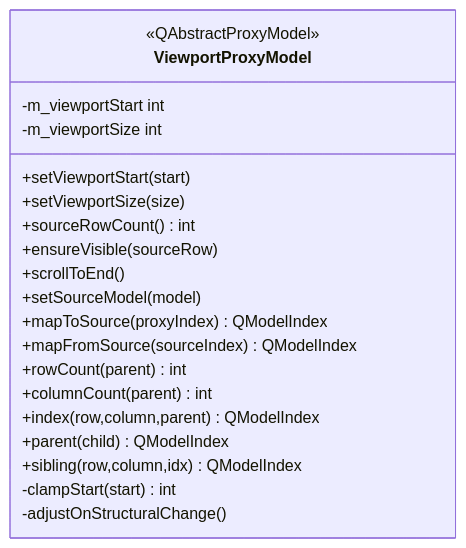
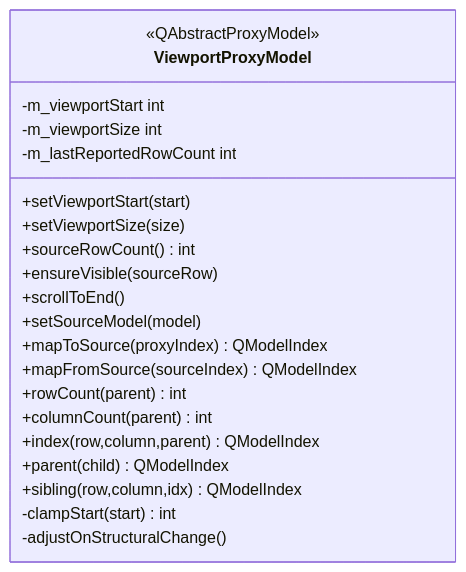
The third of 6 diagrams in .qoder/repowiki/zh/content/核心模块详解/视口代理模型.md (jakecai1225-design/OpenBus), drawn with Mermaid before and after one commit. The commit also changed other lines of this file and 27 other files, not shown here.

````diff
--- a/.qoder/repowiki/zh/content/核心模块详解/视口代理模型.md
+++ b/.qoder/repowiki/zh/content/核心模块详解/视口代理模型.md
@@ -110,23 +123,24 @@
 ```mermaid
 classDiagram
 class ViewportProxyModel {
 +setViewportStart(start)
 +setViewportSize(size)
 +sourceRowCount() int
 +ensureVisible(sourceRow)
 +scrollToEnd()
 +setSourceModel(model)
 +mapToSource(proxyIndex) QModelIndex
 +mapFromSource(sourceIndex) QModelIndex
 +rowCount(parent) int
 +columnCount(parent) int
 +index(row,column,parent) QModelIndex
 +parent(child) QModelIndex
 +sibling(row,column,idx) QModelIndex
 -m_viewportStart int
 -m_viewportSize int
+-m_lastReportedRowCount int
 -clampStart(start) int
 -adjustOnStructuralChange()
 <<QAbstractProxyModel>>
 }
 ```
````
